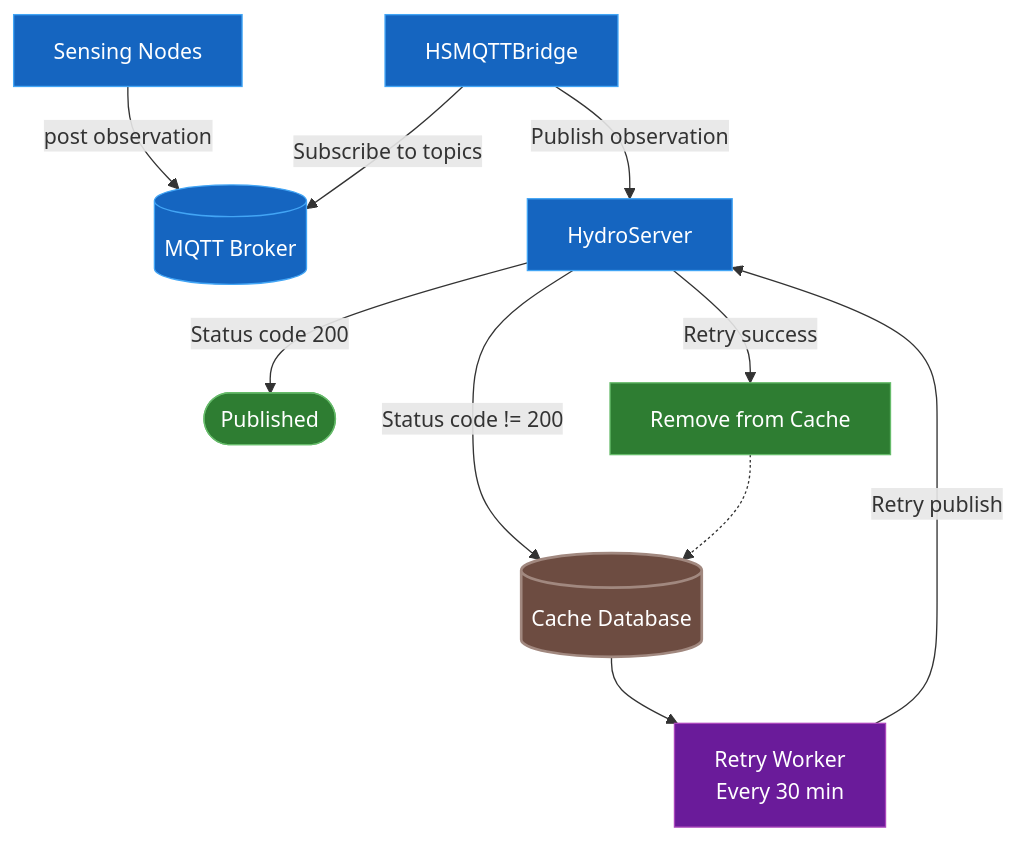
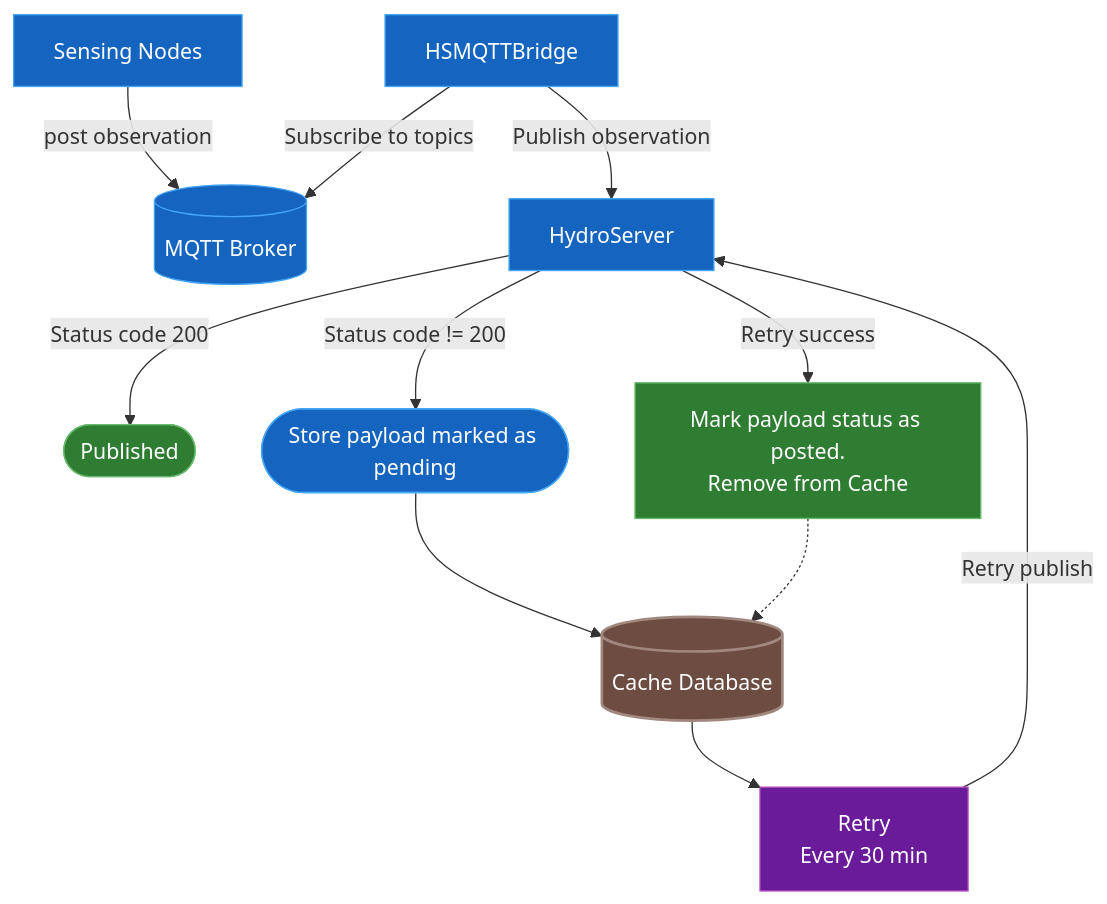
The diagram in docs/flowchart.md (S-Panta/HSMQTTBridge), drawn with Mermaid before and after one commit.

````diff
--- a/docs/flowchart.md
+++ b/docs/flowchart.md
@@ -1,33 +1,35 @@
 ```mermaid
 flowchart TD
     SENS["Sensing Nodes"]
     MQTT[("MQTT Broker")]
     BRIDGE["HSMQTTBridge"]
     HYDRO["HydroServer"]
     DB[("Cache Database")]
-    WORKER["Retry Worker<br/>Every 30 min"]
+    WORKER["Retry <br/>Every 30 min"]
 
     SENS -->|post observation| MQTT
     BRIDGE -->|Subscribe to topics| MQTT
     BRIDGE -->|Publish observation| HYDRO
 
     HYDRO -->|Status code 200| DONE([Published])
-    HYDRO -->|Status code != 200| DB
+    HYDRO -->|Status code != 200| CACHE([Store payload marked as pending])
+    CACHE -->DB
 
     DB -->WORKER
     WORKER -->|Retry publish| HYDRO
 
-    HYDRO -->|Retry success| COMPLETE["Remove from Cache"]
+    HYDRO -->|Retry success| COMPLETE["Mark payload status as posted.<br>Remove from Cache"]
     COMPLETE -.-> DB
 
     style SENS fill:#1565C0,stroke:#42A5F5,color:#FFFFFF
     style MQTT fill:#1565C0,stroke:#42A5F5,color:#FFFFFF
     style BRIDGE fill:#1565C0,stroke:#42A5F5,color:#FFFFFF
     style HYDRO fill:#1565C0,stroke:#42A5F5,color:#FFFFFF
+    style CACHE fill:#1565C0,stroke:#42A5F5,color:#FFFFFF 
 
     style DB fill:#6D4C41,stroke:#A1887F,color:#FFFFFF,stroke-width:2px
     style WORKER fill:#6A1B9A,stroke:#AB47BC,color:#FFFFFF
 
     style DONE fill:#2E7D32,stroke:#66BB6A,color:#FFFFFF
     style COMPLETE fill:#2E7D32,stroke:#66BB6A,color:#FFFFFF
 ```
````
